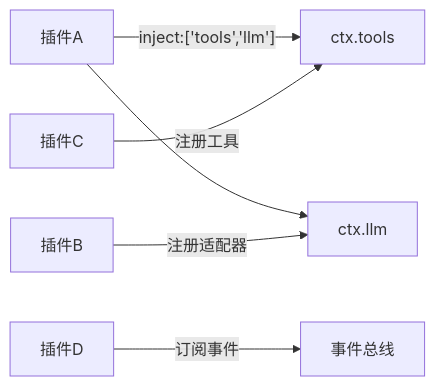
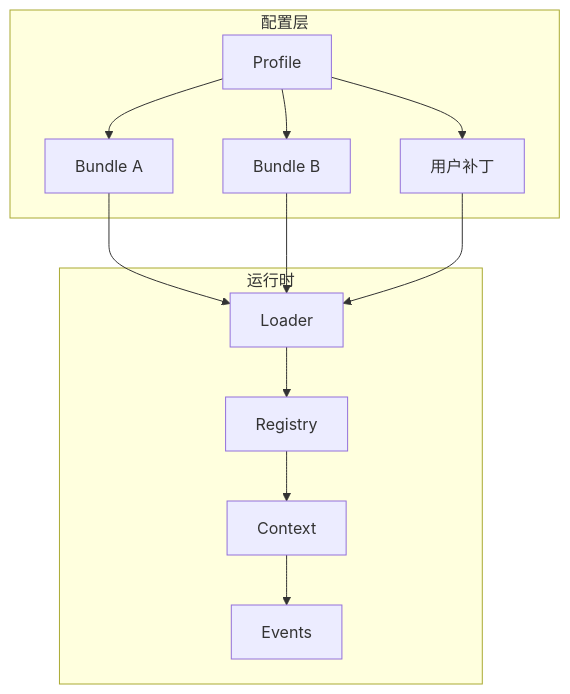
One commit to frendyxzc/deepseek-harness changed the seventh of 7 diagrams in .qoder/repowiki/zh/content/架构设计/插件系统.md. Above: the diagram before and after it, drawn with Mermaid. The commit also changed other lines of this file and 448 other files, not shown here.

````diff
--- a/.qoder/repowiki/zh/content/架构设计/插件系统.md
+++ b/.qoder/repowiki/zh/content/架构设计/插件系统.md
@@ -286,8 +233,16 @@
 ```mermaid
-graph LR
-P1["插件A"] -- "inject:['tools','llm']" --> S1["ctx.tools"]
-P1 --> S2["ctx.llm"]
-P2["插件B"] -- "注册适配器" --> S2
-P3["插件C"] -- "注册工具" --> S1
-P4["插件D"] -- "订阅事件" --> E1["事件总线"]
+graph TB
+subgraph "配置层"
+P["Profile"] --> B1["Bundle A"]
+P --> B2["Bundle B"]
+P --> U["用户补丁"]
+end
+subgraph "运行时"
+L["Loader"] --> R["Registry"]
+R --> C["Context"]
+C --> E["Events"]
+end
+B1 --> L
+B2 --> L
+U --> L
 ```
````
